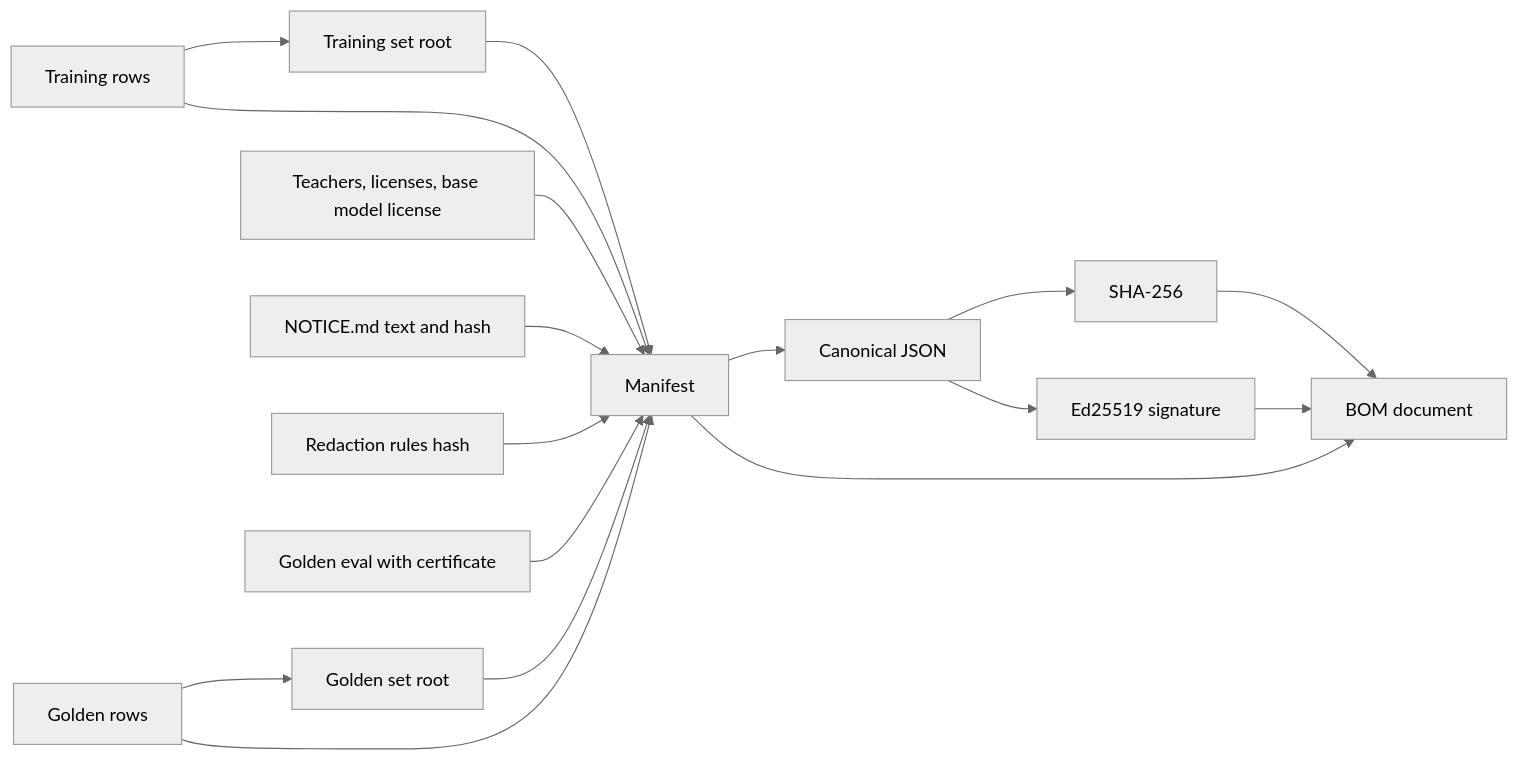
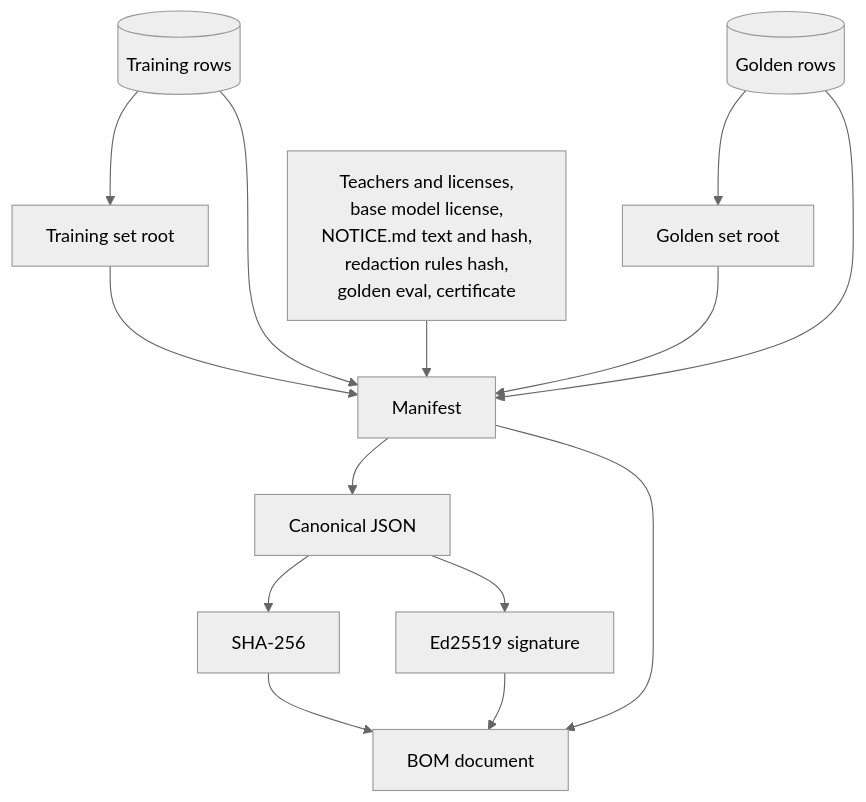
Before and after one commit to harshbhx/ratchet: the second of 4 diagrams in docs-site/src/content/docs/guides/evidence.mdx, drawn with Mermaid (neutral theme). The commit also changed other lines of this file and 25 other files, not shown here.

````diff
--- a/docs-site/src/content/docs/guides/evidence.mdx
+++ b/docs-site/src/content/docs/guides/evidence.mdx
@@ -91,19 +111,19 @@
 ```mermaid
-flowchart LR
-  TR["Training rows"] --> R1["Training set root"]
-  GR["Golden rows"] --> R2["Golden set root"]
+flowchart TB
+  TR[("Training rows")] --> R1["Training set root"]
+  GR[("Golden rows")] --> R2["Golden set root"]
+  F["Teachers and licenses,<br/>base model license,<br/>NOTICE.md text and hash,<br/>redaction rules hash,<br/>golden eval, certificate"]
   TR --> M["Manifest"]
   GR --> M
   R1 --> M
   R2 --> M
-  LIC["Teachers, licenses, base model license"] --> M
-  NOT["NOTICE.md text and hash"] --> M
-  RED["Redaction rules hash"] --> M
-  EV["Golden eval with certificate"] --> M
+  F --> M
   M --> CJ["Canonical JSON"]
   CJ --> H["SHA-256"]
   CJ --> SG["Ed25519 signature"]
-  M --> DOC["BOM document"]
-  H --> DOC
+  H --> DOC["BOM document"]
   SG --> DOC
+  M --> DOC
+  class TR,GR store
+  class DOC student
 ```
````
